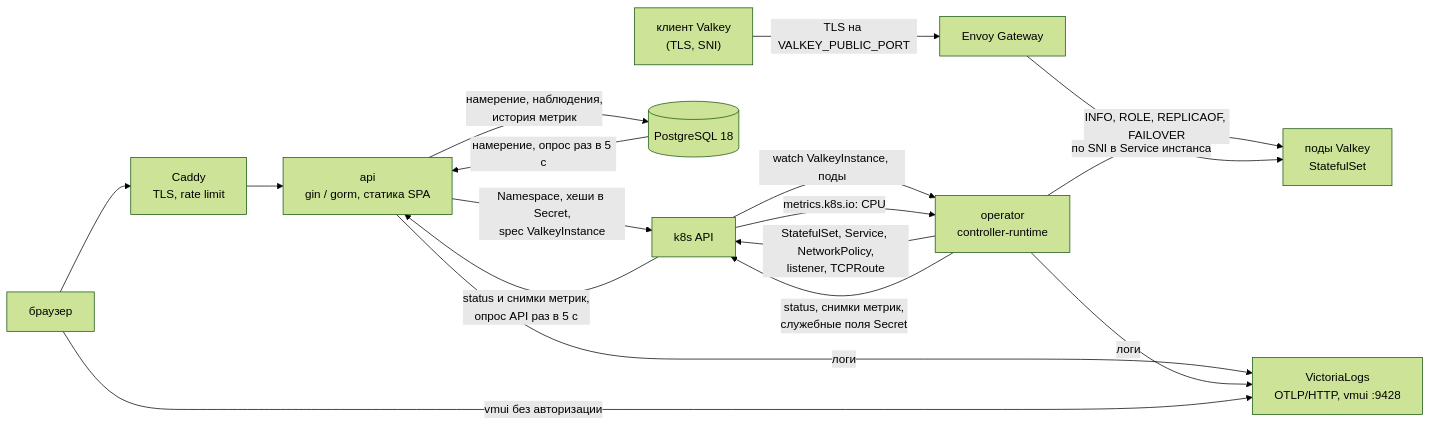
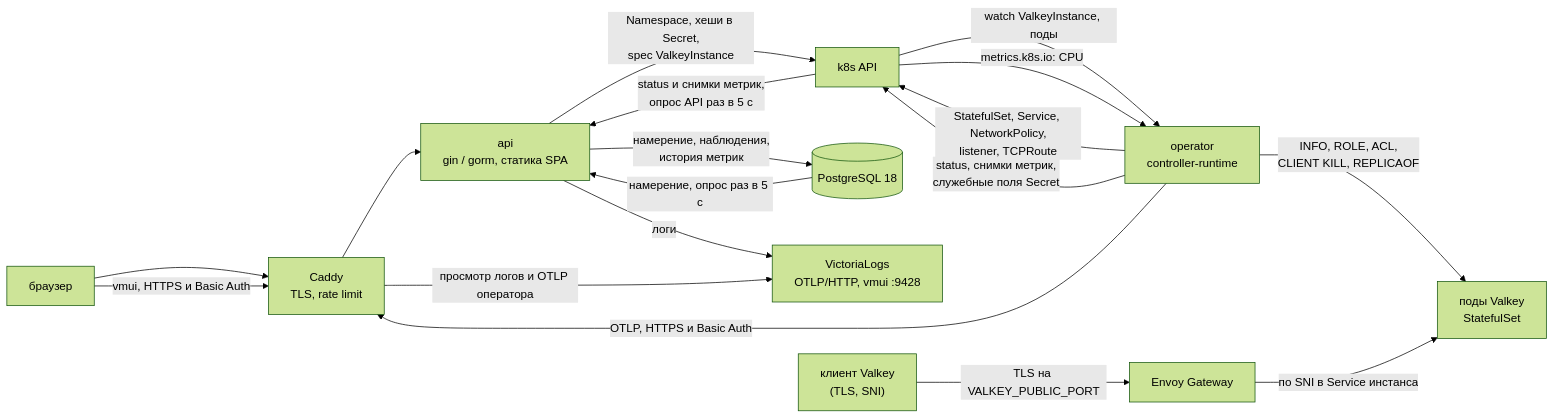
Before and after one commit to RostislavDugin/managed-valkey: the first of 2 diagrams in SYSTEM.md, drawn with Mermaid (forest theme). The commit also changed other lines of this file and 2 other files, not shown here.

````diff
--- a/SYSTEM.md
+++ b/SYSTEM.md
@@ -98,30 +100,31 @@
 ```mermaid
 flowchart LR
     client["клиент Valkey<br/>(TLS, SNI)"]
     browser["браузер"]
     caddy["Caddy<br/>TLS, rate limit"]
     api["api<br/>gin / gorm, статика SPA"]
     pg[("PostgreSQL 18")]
     vl["VictoriaLogs<br/>OTLP/HTTP, vmui :9428"]
     k8s["k8s API"]
     operator["operator<br/>controller-runtime"]
     gw["Envoy Gateway"]
     pods["поды Valkey<br/>StatefulSet"]
 
     browser --> caddy
     caddy --> api
     api -- "намерение, наблюдения,<br/>история метрик" --> pg
     pg -- "намерение, опрос раз в 5 с" --> api
     api -- "Namespace, хеши в Secret,<br/>spec ValkeyInstance" --> k8s
     k8s -- "status и снимки метрик,<br/>опрос API раз в 5 с" --> api
     k8s -- "watch ValkeyInstance, поды" --> operator
     operator -- "StatefulSet, Service, NetworkPolicy,<br/>listener, TCPRoute" --> k8s
-    operator -- "INFO, ROLE, REPLICAOF, FAILOVER" --> pods
+    operator -- "INFO, ROLE, ACL,<br/>CLIENT KILL, REPLICAOF" --> pods
     operator -- "status, снимки метрик,<br/>служебные поля Secret" --> k8s
     k8s -- "metrics.k8s.io: CPU" --> operator
     api -- "логи" --> vl
-    operator -- "логи" --> vl
-    browser -- "vmui без авторизации" --> vl
+    operator -- "OTLP, HTTPS и Basic Auth" --> caddy
+    browser -- "vmui, HTTPS и Basic Auth" --> caddy
+    caddy -- "просмотр логов и OTLP оператора" --> vl
     client -- "TLS на VALKEY_PUBLIC_PORT" --> gw
     gw -- "по SNI в Service инстанса" --> pods
 ```
````
